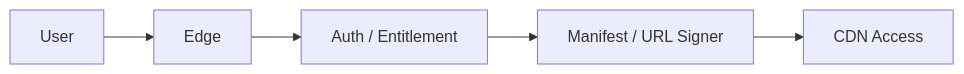
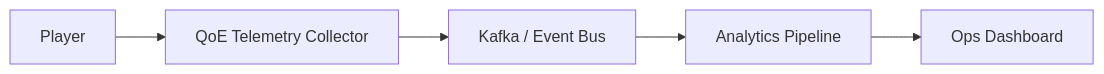
One commit to gojosatoru123-ux/CacheU changed diagram 14 of 16 in src/content/design-a-live-streaming-service.md. Above: the diagram before and after it, drawn with Mermaid. The commit also changed other lines of this file and 13 other files, not shown here.

````diff
--- a/src/content/design-a-live-streaming-service.md
+++ b/src/content/design-a-live-streaming-service.md
@@ -873,7 +942,7 @@
 ```mermaid
 flowchart LR
-    User --> Edge
-    Edge --> Auth[Auth / Entitlement]
-    Auth --> Signer[Manifest / URL Signer]
-    Signer --> CDN[CDN Access]
+    Player --> Telemetry[QoE Telemetry Collector]
+    Telemetry --> Stream[Kafka / Event Bus]
+    Stream --> Analytics[Analytics Pipeline]
+    Analytics --> Dashboard[Ops Dashboard]
 ```
````
